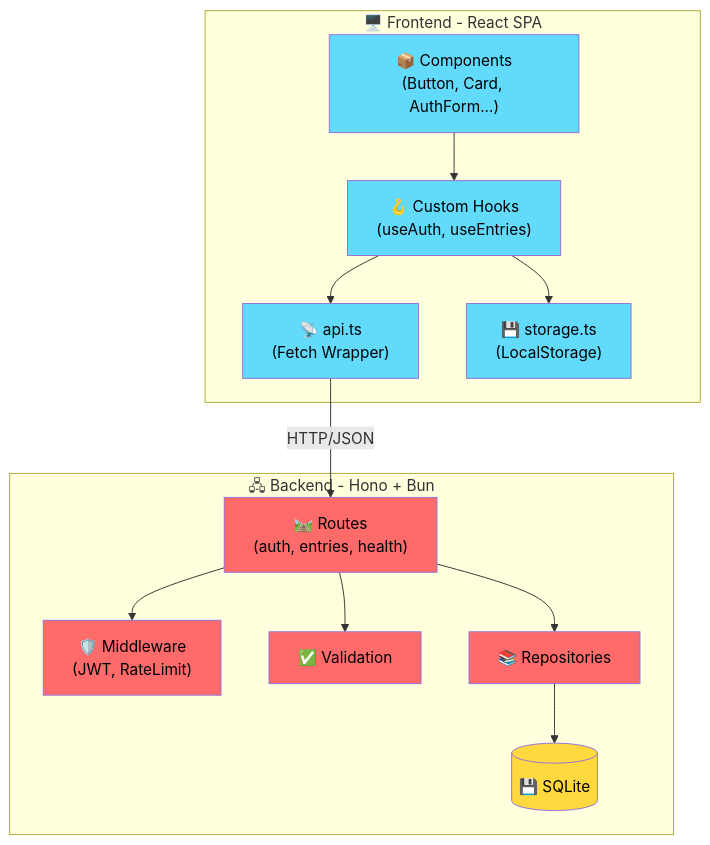
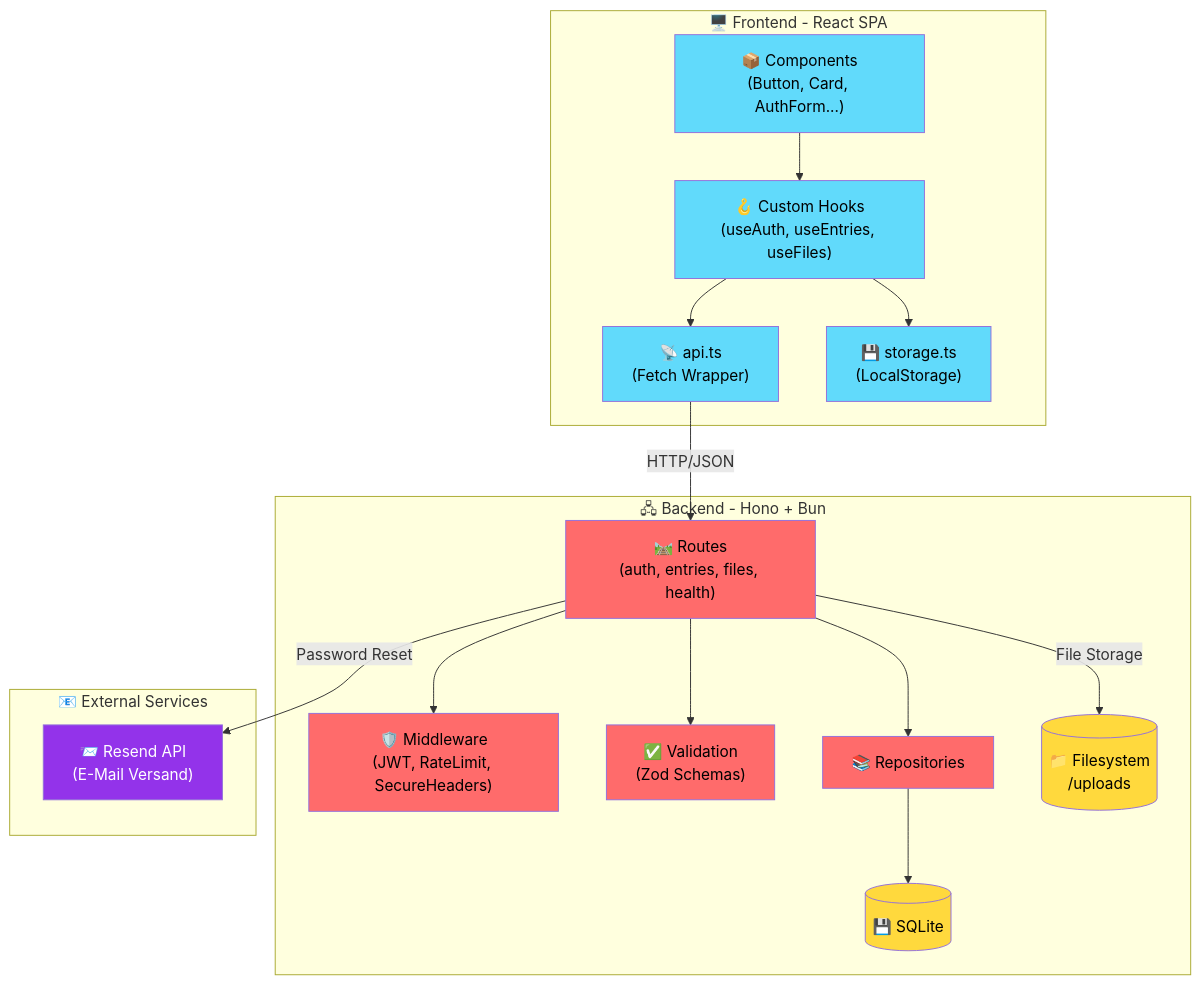
Before and after one commit to nilsreich/hono_Test: the sixth of 8 diagrams in README.md, drawn with Mermaid. The commit also changed other lines of this file and 47 other files, not shown here.

First line of the commit message:
feat: add password recovery and reset forms, file upload and management components

````diff
--- a/README.md
+++ b/README.md
@@ -416,36 +568,45 @@
 ```mermaid
 graph TB
     subgraph "🖥️ Frontend - React SPA"
         UI["📦 Components<br/>(Button, Card, AuthForm...)"]
-        Hooks["🪝 Custom Hooks<br/>(useAuth, useEntries)"]
+        Hooks["🪝 Custom Hooks<br/>(useAuth, useEntries, useFiles)"]
         APIClient["📡 api.ts<br/>(Fetch Wrapper)"]
         Storage["💾 storage.ts<br/>(LocalStorage)"]
     end
     
     subgraph "🖧 Backend - Hono + Bun"
-        Routes["🛤️ Routes<br/>(auth, entries, health)"]
-        MW["🛡️ Middleware<br/>(JWT, RateLimit)"]
-        Val["✅ Validation"]
+        Routes["🛤️ Routes<br/>(auth, entries, files, health)"]
+        MW["🛡️ Middleware<br/>(JWT, RateLimit, SecureHeaders)"]
+        Val["✅ Validation<br/>(Zod Schemas)"]
         Repo["📚 Repositories"]
         DB[("💾 SQLite")]
+        FS[("📁 Filesystem<br/>/uploads")]
+    end
+    
+    subgraph "📧 External Services"
+        Resend["📨 Resend API<br/>(E-Mail Versand)"]
     end
     
     UI --> Hooks
     Hooks --> APIClient
     Hooks --> Storage
     APIClient -->|"HTTP/JSON"| Routes
     Routes --> MW
     Routes --> Val
     Routes --> Repo
+    Routes -->|"Password Reset"| Resend
     Repo --> DB
+    Routes -->|"File Storage"| FS
     
     style UI fill:#61dafb,color:#000
     style Hooks fill:#61dafb,color:#000
     style APIClient fill:#61dafb,color:#000
     style Storage fill:#61dafb,color:#000
     style Routes fill:#ff6b6b,color:#000
     style MW fill:#ff6b6b,color:#000
     style Val fill:#ff6b6b,color:#000
     style Repo fill:#ff6b6b,color:#000
     style DB fill:#ffd93d,color:#000
+    style FS fill:#ffd93d,color:#000
+    style Resend fill:#9333ea,color:#fff
 ```
````
